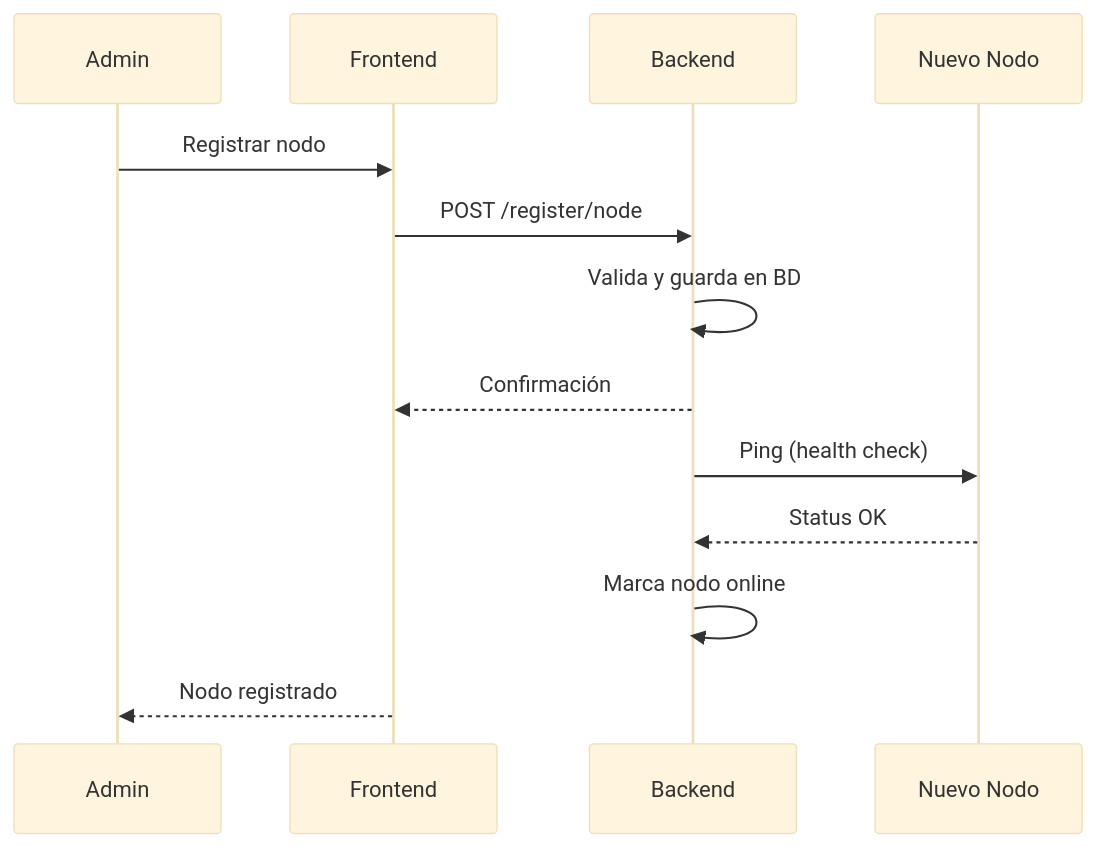
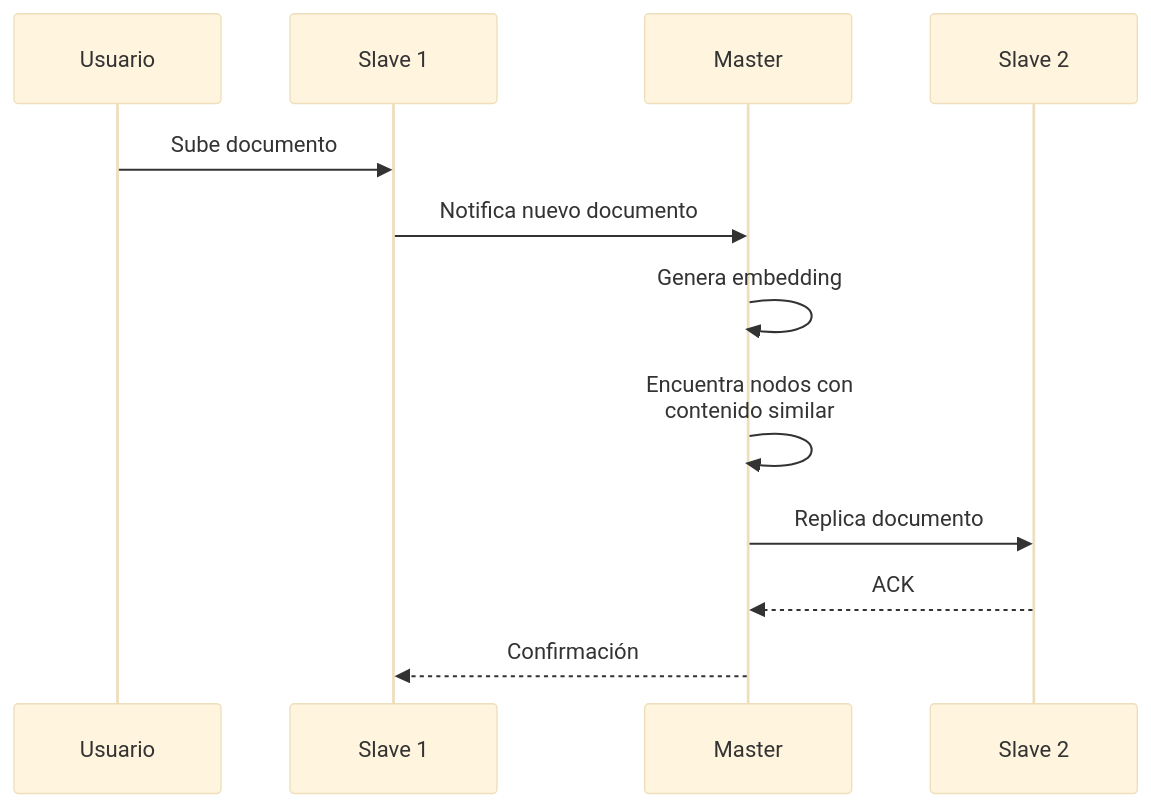
One commit to Pol4720/DistriSearch changed the fourth of 5 diagrams in docs/introduccion.md. Above: the diagram before and after it, drawn with Mermaid (base theme). The commit also changed other lines of this file and 59 other files, not shown here.

````diff
--- a/docs/introduccion.md
+++ b/docs/introduccion.md
@@ -102,16 +163,15 @@
 ```mermaid
 sequenceDiagram
-    participant A as Admin
-    participant F as Frontend
-    participant B as Backend
-    participant N as Nuevo Nodo
+    participant U as Usuario
+    participant S1 as Slave 1
+    participant M as Master
+    participant S2 as Slave 2
     
-    A->>F: Registrar nodo
-    F->>B: POST /register/node
-    B->>B: Valida y guarda en BD
-    B-->>F: Confirmación
-    B->>N: Ping (health check)
-    N-->>B: Status OK
-    B->>B: Marca nodo online
-    F-->>A: Nodo registrado
+    U->>S1: Sube documento
+    S1->>M: Notifica nuevo documento
+    M->>M: Genera embedding
+    M->>M: Encuentra nodos con<br/>contenido similar
+    M->>S2: Replica documento
+    S2-->>M: ACK
+    M-->>S1: Confirmación
 ```
````
